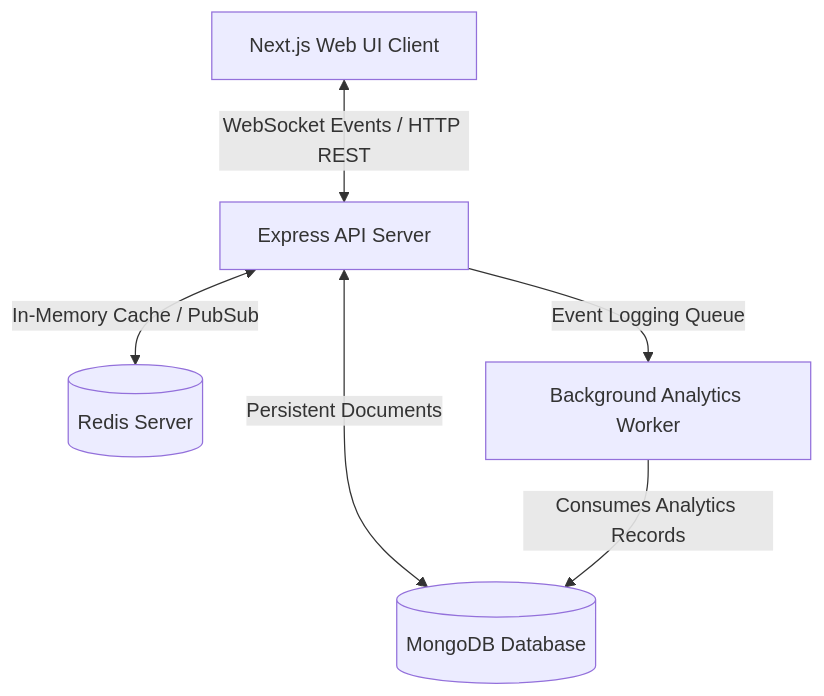
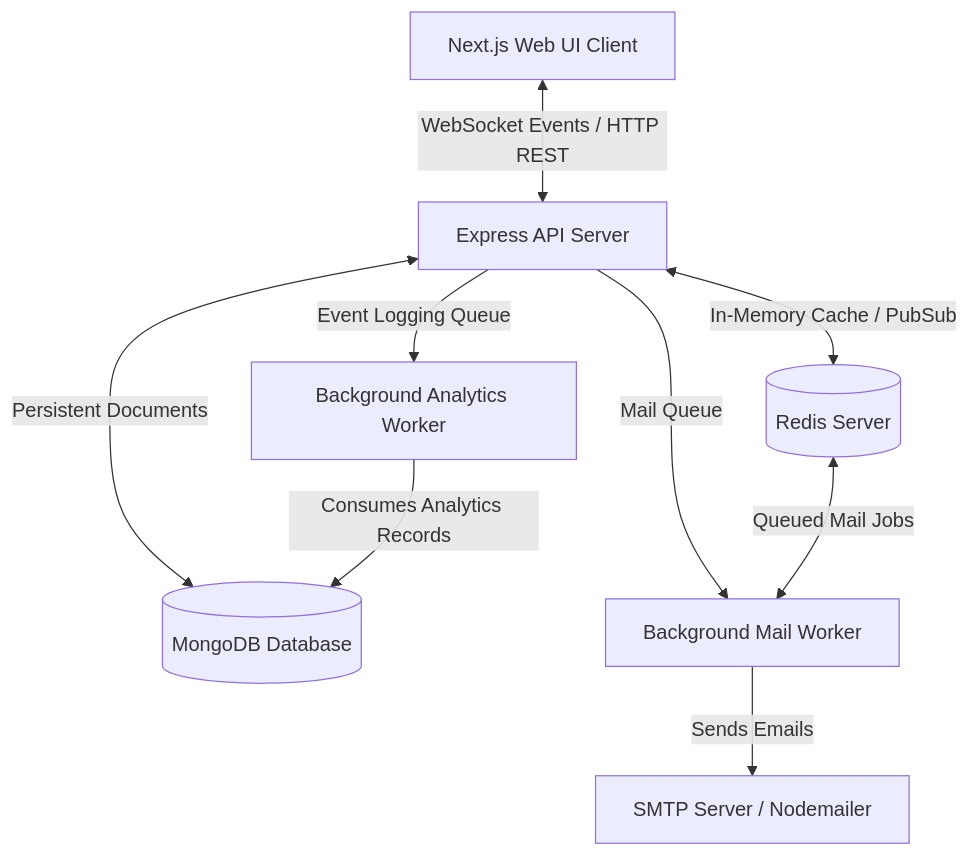
One commit to anand-jaiswal-IN/livequiz changed the first of 2 diagrams in ARCHITECTURE.md. Above: the diagram before and after it, drawn with Mermaid. The commit also changed other lines of this file and 2 other files, not shown here.

Commit message:
feat(mail): add SMTP configuration for email delivery in architecture and environment setup

````diff
--- a/ARCHITECTURE.md
+++ b/ARCHITECTURE.md
@@ -11,8 +11,11 @@
 ```mermaid
 graph TD
     Client[Next.js Web UI Client] <--> |WebSocket Events / HTTP REST| Backend[Express API Server]
     Backend <--> |In-Memory Cache / PubSub| Redis[(Redis Server)]
     Backend <--> |Persistent Documents| Mongo[(MongoDB Database)]
     Backend --> |Event Logging Queue| Worker[Background Analytics Worker]
     Worker --> |Consumes Analytics Records| Mongo
+    Backend --> |Mail Queue| MailWorker[Background Mail Worker]
+    Redis <--> |Queued Mail Jobs| MailWorker
+    MailWorker --> |Sends Emails| SMTP[SMTP Server / Nodemailer]
 ```
````
